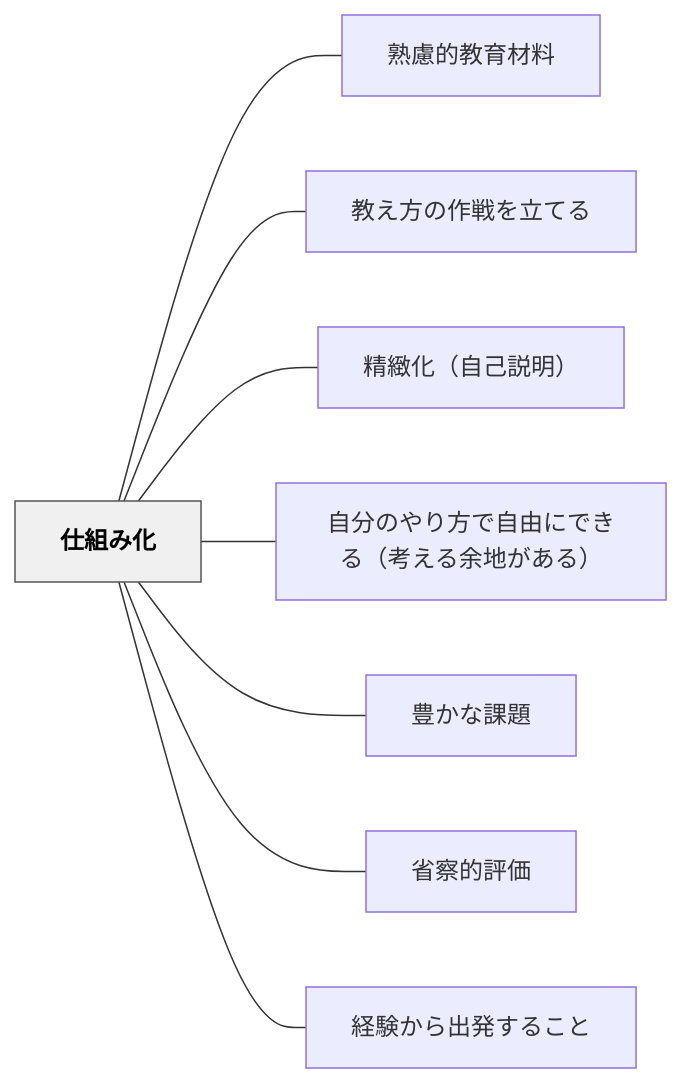
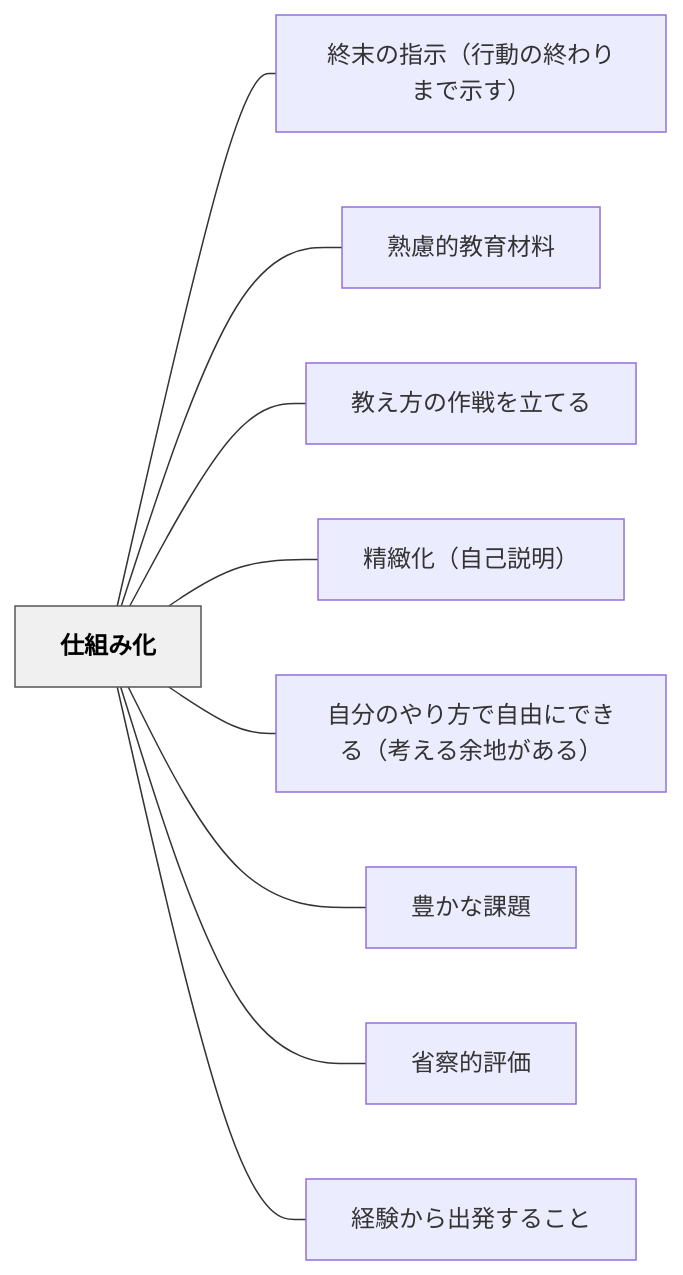
One commit to unknownthings-ed-patterns/unknownthings-ed-patterns changed the diagram in content/パタン/仕組み化.md. Above: the diagram before and after it, drawn with Mermaid. The commit also changed other lines of this file and 20 other files, not shown here.

````diff
--- a/content/パタン/仕組み化.md
+++ b/content/パタン/仕組み化.md
@@ -48,22 +49,24 @@
 ```mermaid
 flowchart LR
     ne4bb95e7b584e381bfe58c96["仕組み化"]
+    ne7b582e69cabe381aee68c87e7a4baefbc88e8a18ce58b95e381aee7b582e3828fe3828ae381bee381a7e7a4bae38199efbc89["終末の指示（行動の終わりまで示す）"]
     ne7869fe685aee79a84e69599e882b2e69d90e69699["熟慮的教育材料"]
     ne69599e38188e696b9e381aee4bd9ce688a6e38292e7ab8be381a6e3828b["教え方の作戦を立てる"]
     ne7b2bee7b7bbe58c96efbc88e887aae5b7b1e8aaace6988eefbc89["精緻化（自己説明）"]
     ne887aae58886e381aee38284e3828ae696b9e381a7e887aae794b1e381abe381a7e3818de3828befbc88e88083e38188e3828be4bd99e59cb0e3818ce38182e3828befbc89["自分のやり方で自由にできる（考える余地がある）"]
     ne8b18ae3818be381aae8aab2e9a18c["豊かな課題"]
     ne79c81e5af9fe79a84e8a995e4bea1["省察的評価"]
     ne7b58ce9a893e3818be38289e587bae799bae38199e3828be38193e381a8["経験から出発すること"]
 
+    ne4bb95e7b584e381bfe58c96 --- ne7b582e69cabe381aee68c87e7a4baefbc88e8a18ce58b95e381aee7b582e3828fe3828ae381bee381a7e7a4bae38199efbc89
     ne4bb95e7b584e381bfe58c96 --- ne7869fe685aee79a84e69599e882b2e69d90e69699
     ne4bb95e7b584e381bfe58c96 --- ne69599e38188e696b9e381aee4bd9ce688a6e38292e7ab8be381a6e3828b
     ne4bb95e7b584e381bfe58c96 --- ne7b2bee7b7bbe58c96efbc88e887aae5b7b1e8aaace6988eefbc89
     ne4bb95e7b584e381bfe58c96 --- ne887aae58886e381aee38284e3828ae696b9e381a7e887aae794b1e381abe381a7e3818de3828befbc88e88083e38188e3828be4bd99e59cb0e3818ce38182e3828befbc89
     ne4bb95e7b584e381bfe58c96 --- ne8b18ae3818be381aae8aab2e9a18c
     ne4bb95e7b584e381bfe58c96 --- ne79c81e5af9fe79a84e8a995e4bea1
     ne4bb95e7b584e381bfe58c96 --- ne7b58ce9a893e3818be38289e587bae799bae38199e3828be38193e381a8
 
     classDef hub fill:#f0f0f0,stroke:#555,color:#000,font-weight:bold
     class ne4bb95e7b584e381bfe58c96 hub
 ```
````
